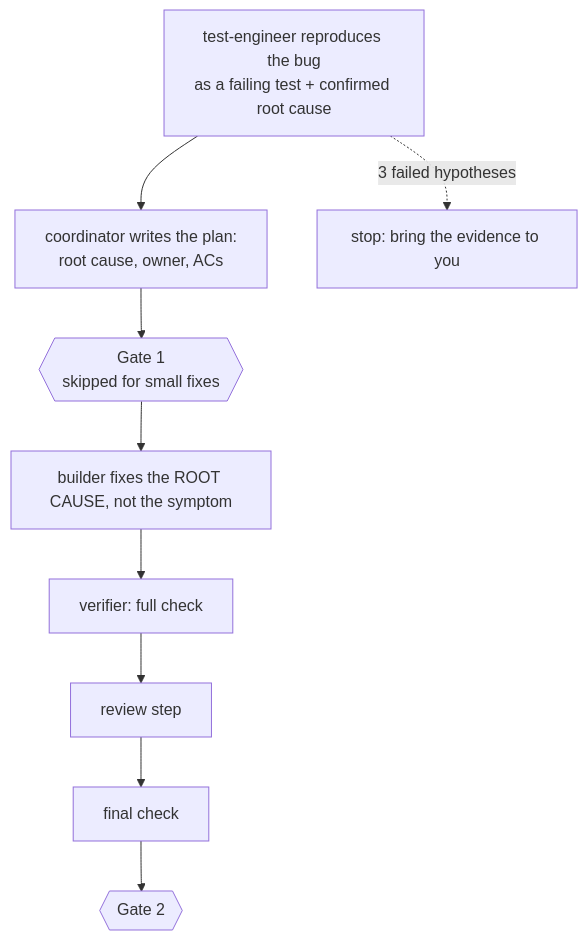
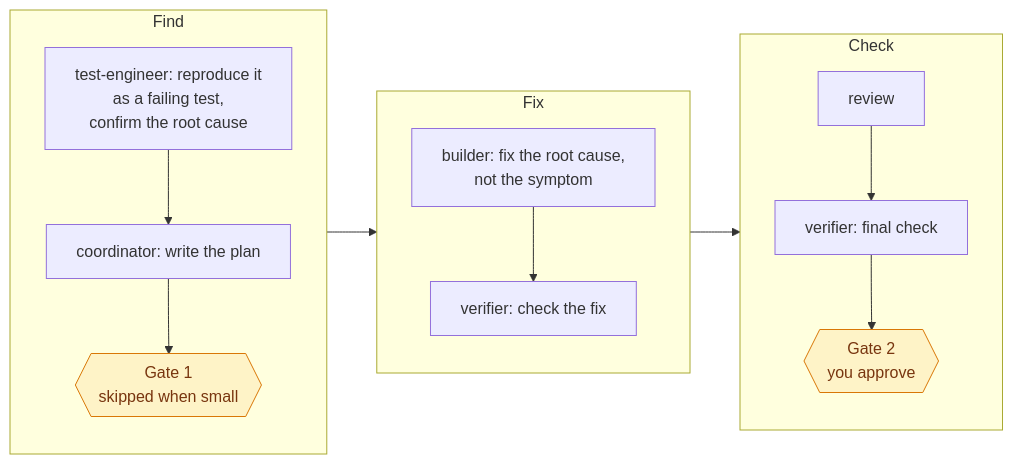
One commit to suryas91/claude-skills changed the third of 6 diagrams in docs/flows.md. Above: the diagram before and after it, drawn with Mermaid. The commit also changed other lines of this file and 31 other files, not shown here.

````diff
--- a/docs/flows.md
+++ b/docs/flows.md
@@ -69,8 +95,18 @@
 ```mermaid
-flowchart TD
-    T[test-engineer reproduces the bug<br/>as a failing test + confirmed root cause] --> P[coordinator writes the plan:<br/>root cause, owner, ACs]
-    P --> G1{{Gate 1<br/>skipped for small fixes}}
-    G1 --> B[builder fixes the ROOT CAUSE, not the symptom]
-    B --> FC[verifier: full check] --> REV[review step] --> FIN[final check] --> G2{{Gate 2}}
-    T -. "3 failed hypotheses" .-> X[stop: bring the evidence to you]
+flowchart LR
+    subgraph P [Find]
+        direction TB
+        T[test-engineer: reproduce it<br/>as a failing test,<br/>confirm the root cause] --> C[coordinator: write the plan] --> G1{{Gate 1<br/>skipped when small}}
+    end
+    subgraph B [Fix]
+        direction TB
+        X[builder: fix the root cause,<br/>not the symptom] --> V[verifier: check the fix]
+    end
+    subgraph K [Check]
+        direction TB
+        R[review] --> F[verifier: final check] --> G2{{Gate 2<br/>you approve}}
+    end
+    P --> B --> K
+    classDef gate fill:#fef3c7,stroke:#d97706,color:#78350f
+    class G1,G2 gate
 ```
````
